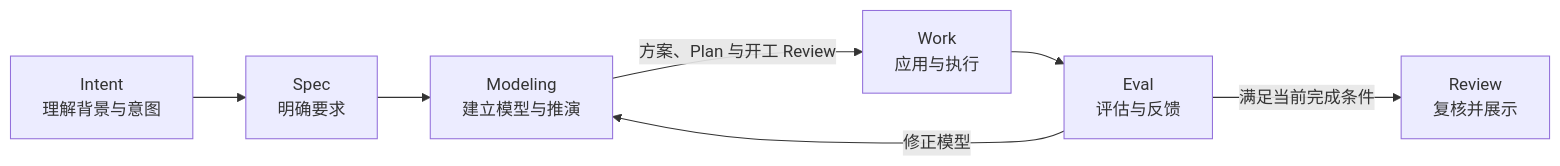
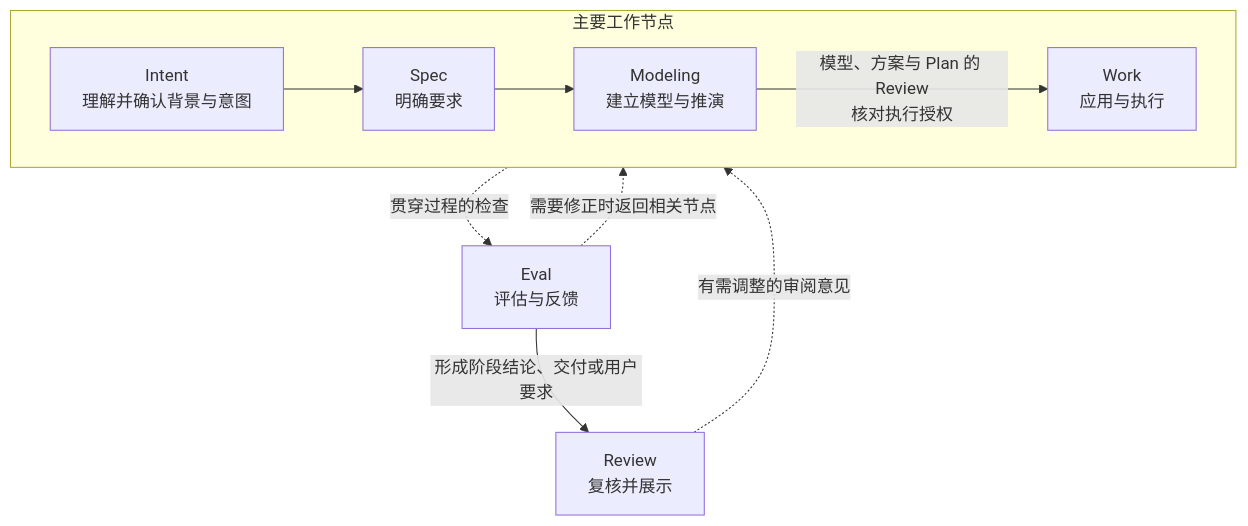
One commit to Super-DDD/daiyu-personal-skills changed the diagram in learn-or-do/SKILL.md. Above: the diagram before and after it, drawn with Mermaid. The commit also changed other lines of this file and 1 other file, not shown here.

````diff
--- a/learn-or-do/SKILL.md
+++ b/learn-or-do/SKILL.md
@@ -33,9 +32,13 @@
 ```mermaid
-flowchart LR
-    I["Intent<br/>理解背景与意图"] --> S["Spec<br/>明确要求"]
-    S --> M["Modeling<br/>建立模型与推演"]
-    M -->|"方案、Plan 与开工 Review"| W["Work<br/>应用与执行"]
-    W --> E["Eval<br/>评估与反馈"]
-    E -->|"满足当前完成条件"| R["Review<br/>复核并展示"]
-    E -->|"修正模型"| M
+flowchart TB
+    subgraph P["主要工作节点"]
+        direction LR
+        I["Intent<br/>理解并确认背景与意图"] --> S["Spec<br/>明确要求"]
+        S --> M["Modeling<br/>建立模型与推演"]
+        M -->|"模型、方案与 Plan 的 Review<br/>核对执行授权"| W["Work<br/>应用与执行"]
+    end
+    P -.->|"贯穿过程的检查"| E["Eval<br/>评估与反馈"]
+    E -.->|"需要修正时返回相关节点"| P
+    E -->|"形成阶段结论、交付或用户要求"| R["Review<br/>复核并展示"]
+    R -.->|"有需调整的审阅意见"| P
 ```
````
